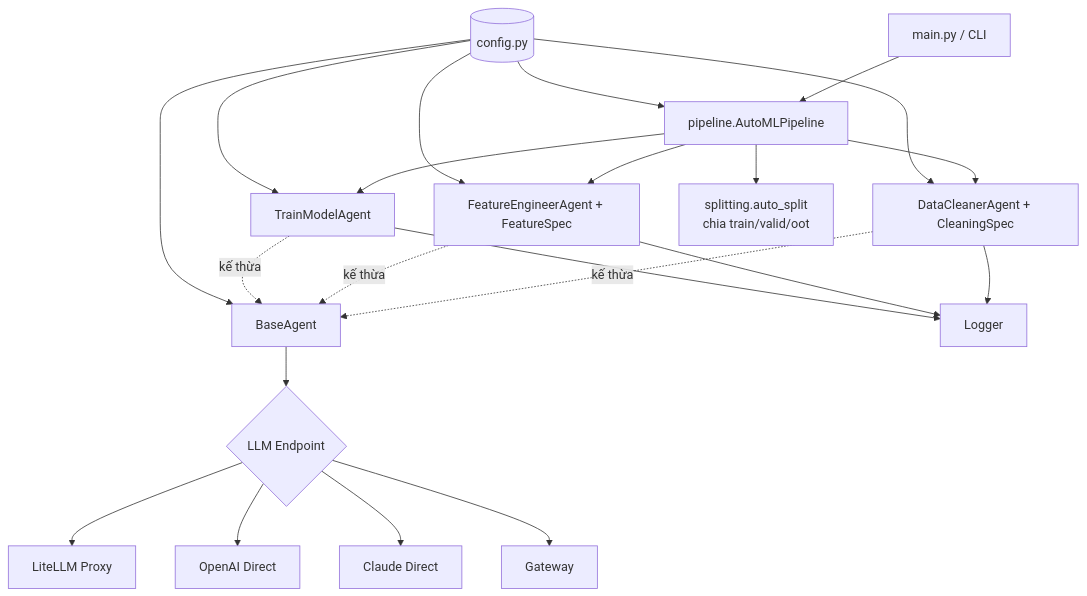
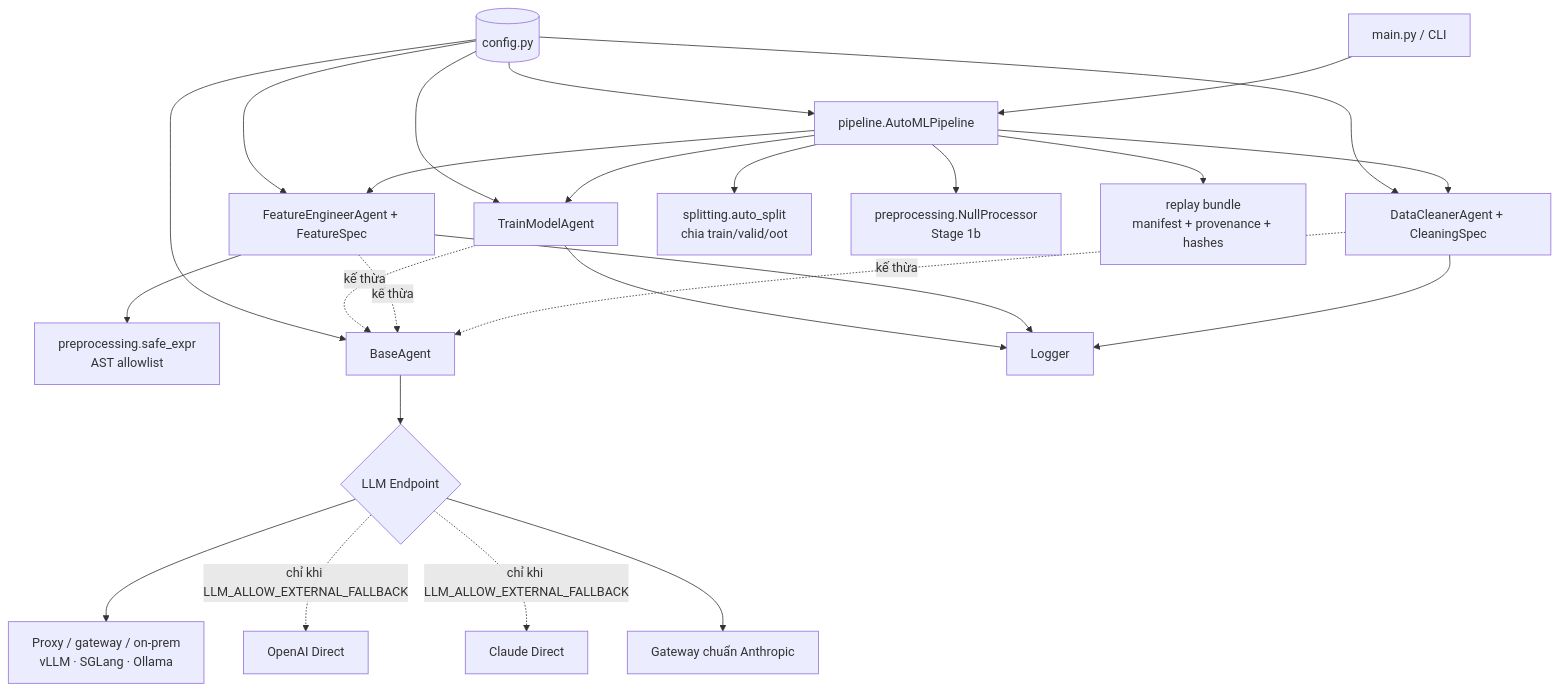
One commit to baongoc83/Multi-Agent-Auto-ML_NB changed the first of 25 diagrams in docs/architecture.md. Above: the diagram before and after it, drawn with Mermaid. The commit also changed other lines of this file and 6 other files, not shown here.

````diff
--- a/docs/architecture.md
+++ b/docs/architecture.md
@@ -67,28 +76,31 @@
 ```mermaid
 flowchart TD
     Main[main.py / CLI] --> Pipe[pipeline.AutoMLPipeline]
     Pipe --> A1[DataCleanerAgent + CleaningSpec]
     Pipe --> A2[FeatureEngineerAgent + FeatureSpec]
     Pipe --> A3[TrainModelAgent]
     Pipe --> SP[splitting.auto_split<br/>chia train/valid/oot]
+    Pipe --> NP[preprocessing.NullProcessor<br/>Stage 1b]
+    Pipe --> RB[replay bundle<br/>manifest + provenance + hashes]
+    A2 --> SE[preprocessing.safe_expr<br/>AST allowlist]
 
     A1 -.kế thừa.-> Base[BaseAgent]
     A2 -.kế thừa.-> Base
     A3 -.kế thừa.-> Base
 
     Base --> LLM{LLM Endpoint}
-    LLM --> Proxy[LiteLLM Proxy]
-    LLM --> OAI[OpenAI Direct]
-    LLM --> CLD[Claude Direct]
-    LLM --> GW[Gateway]
+    LLM --> Proxy[Proxy / gateway / on-prem<br/>vLLM · SGLang · Ollama]
+    LLM -.chỉ khi LLM_ALLOW_EXTERNAL_FALLBACK.-> OAI[OpenAI Direct]
+    LLM -.chỉ khi LLM_ALLOW_EXTERNAL_FALLBACK.-> CLD[Claude Direct]
+    LLM --> GW[Gateway chuẩn Anthropic]
 
     A1 --> Logger
     A2 --> Logger
     A3 --> Logger
 
     Config[(config.py)] --> Base
     Config --> Pipe
     Config --> A1
     Config --> A2
     Config --> A3
 ```
````
